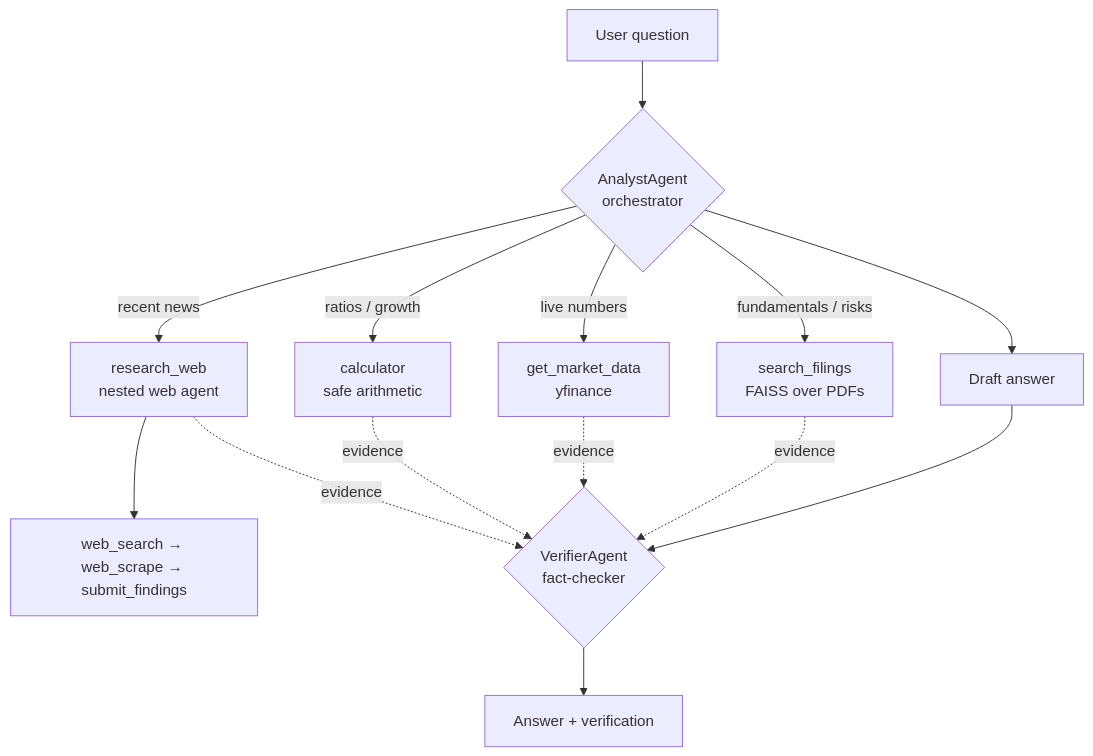
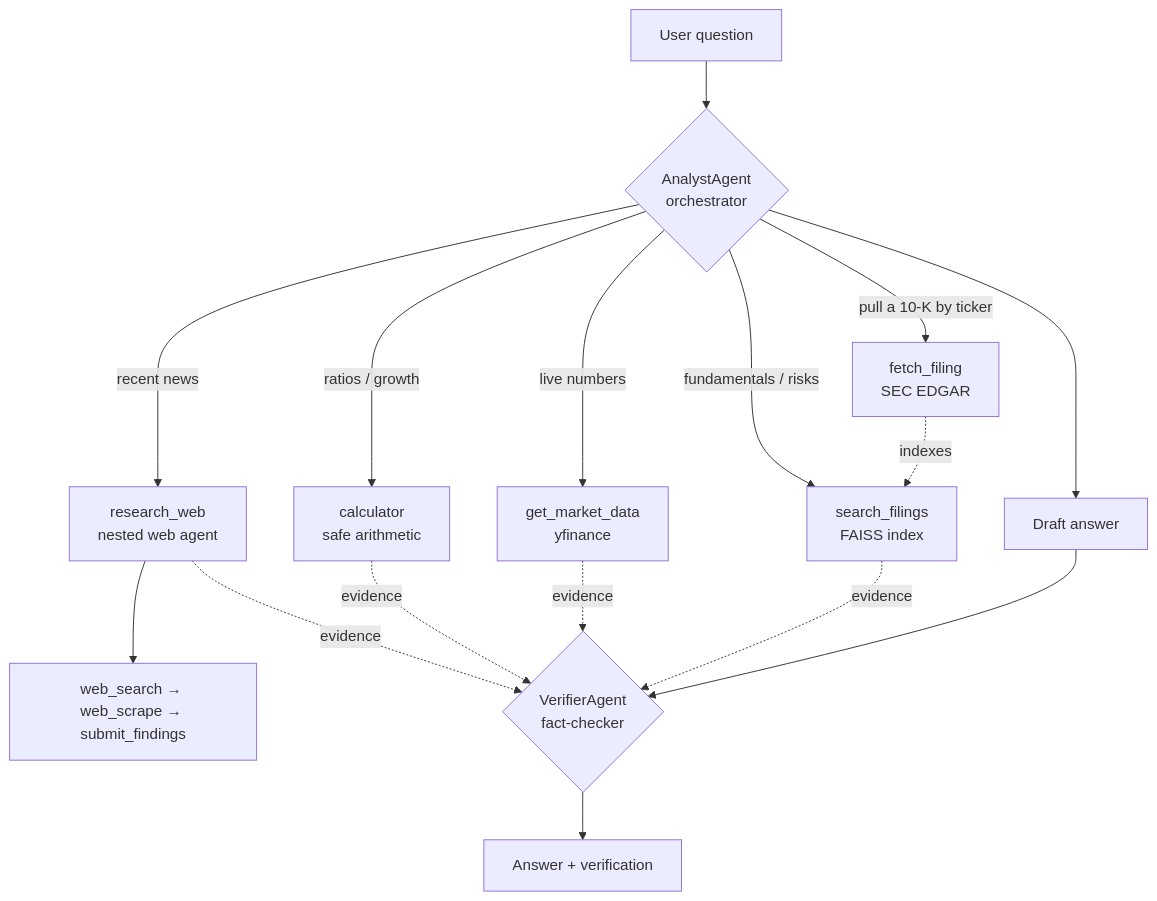
Before and after one commit to isaacchaljub/equity-research-agent: the diagram in README.md, drawn with Mermaid. The commit also changed other lines of this file and 6 other files, not shown here.

First line of the commit message:
Add SEC EDGAR filing fetch: research any company from its ticker

````diff
--- a/README.md
+++ b/README.md
@@ -20,16 +21,18 @@
 ```mermaid
 flowchart TD
     U[User question] --> A{AnalystAgent<br/>orchestrator}
-    A -->|fundamentals / risks| F[search_filings<br/>FAISS over PDFs]
+    A -->|pull a 10-K by ticker| E[fetch_filing<br/>SEC EDGAR]
+    E -.indexes.-> F
+    A -->|fundamentals / risks| F[search_filings<br/>FAISS index]
     A -->|live numbers| M[get_market_data<br/>yfinance]
     A -->|ratios / growth| C[calculator<br/>safe arithmetic]
     A -->|recent news| W[research_web<br/>nested web agent]
     W --> WS[web_search → web_scrape → submit_findings]
     A --> D[Draft answer]
     D --> V{VerifierAgent<br/>fact-checker}
     F -.evidence.-> V
     M -.evidence.-> V
     C -.evidence.-> V
     W -.evidence.-> V
     V --> R[Answer + verification]
 ```
````
